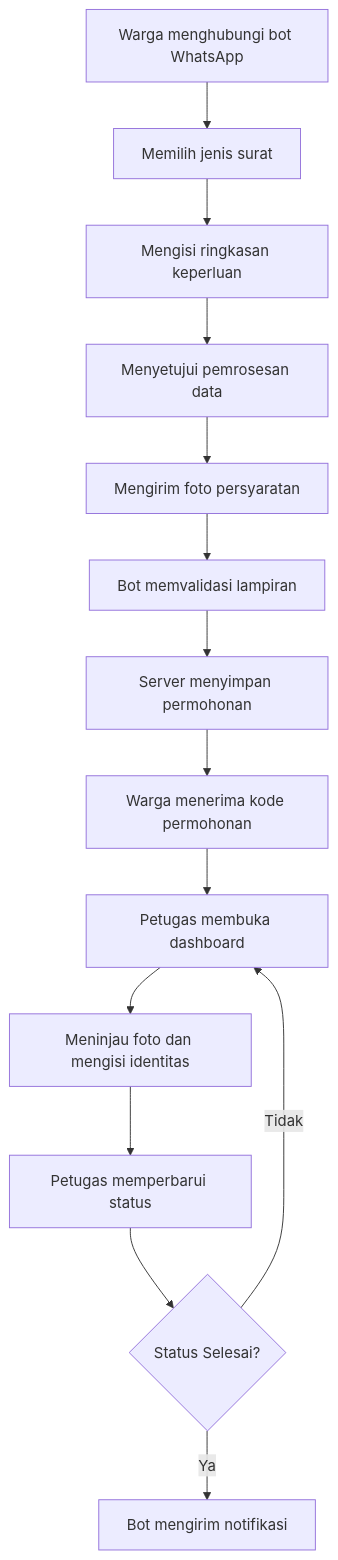
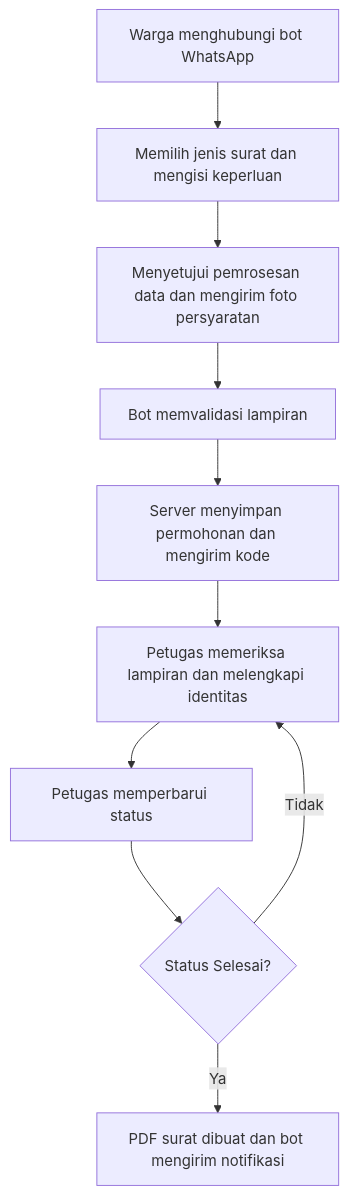
One commit to dzhark12/E-LayanBot changed the diagram in README.md. Above: the diagram before and after it, drawn with Mermaid. The commit also changed other lines of this file, not shown here.

First line of the commit message:
docs: sederhanakan README dan tambahkan identitas kelompok

````diff
--- a/README.md
+++ b/README.md
@@ -49,16 +32,12 @@
 ```mermaid
 flowchart TD
-    A["Warga menghubungi bot WhatsApp"] --> B["Memilih jenis surat"]
-    B --> C["Mengisi ringkasan keperluan"]
-    C --> D["Menyetujui pemrosesan data"]
-    D --> E["Mengirim foto persyaratan"]
-    E --> F["Bot memvalidasi lampiran"]
-    F --> G["Server menyimpan permohonan"]
-    G --> H["Warga menerima kode permohonan"]
-    H --> I["Petugas membuka dashboard"]
-    I --> J["Meninjau foto dan mengisi identitas"]
-    J --> K["Petugas memperbarui status"]
-    K --> L{"Status Selesai?"}
-    L -->|Ya| M["Bot mengirim notifikasi"]
-    L -->|Tidak| I
+    A["Warga menghubungi bot WhatsApp"] --> B["Memilih jenis surat dan mengisi keperluan"]
+    B --> C["Menyetujui pemrosesan data dan mengirim foto persyaratan"]
+    C --> D["Bot memvalidasi lampiran"]
+    D --> E["Server menyimpan permohonan dan mengirim kode"]
+    E --> F["Petugas memeriksa lampiran dan melengkapi identitas"]
+    F --> G["Petugas memperbarui status"]
+    G --> H{"Status Selesai?"}
+    H -->|Ya| I["PDF surat dibuat dan bot mengirim notifikasi"]
+    H -->|Tidak| F
 ```
````
